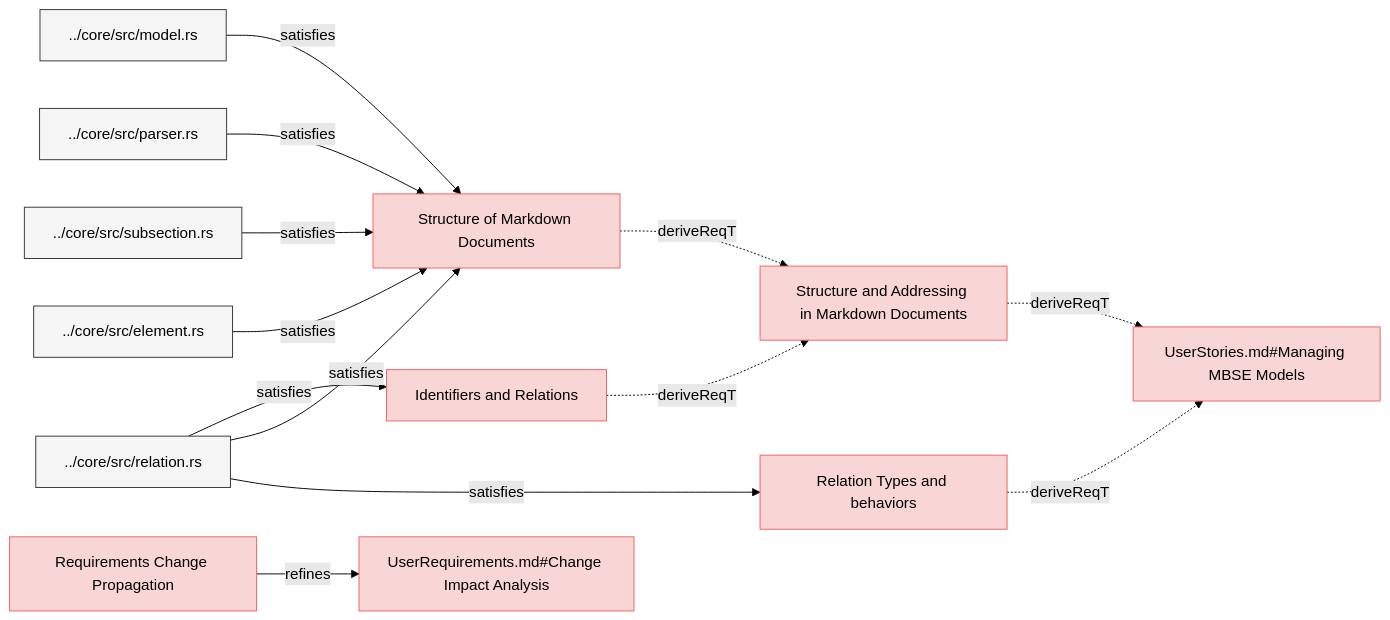
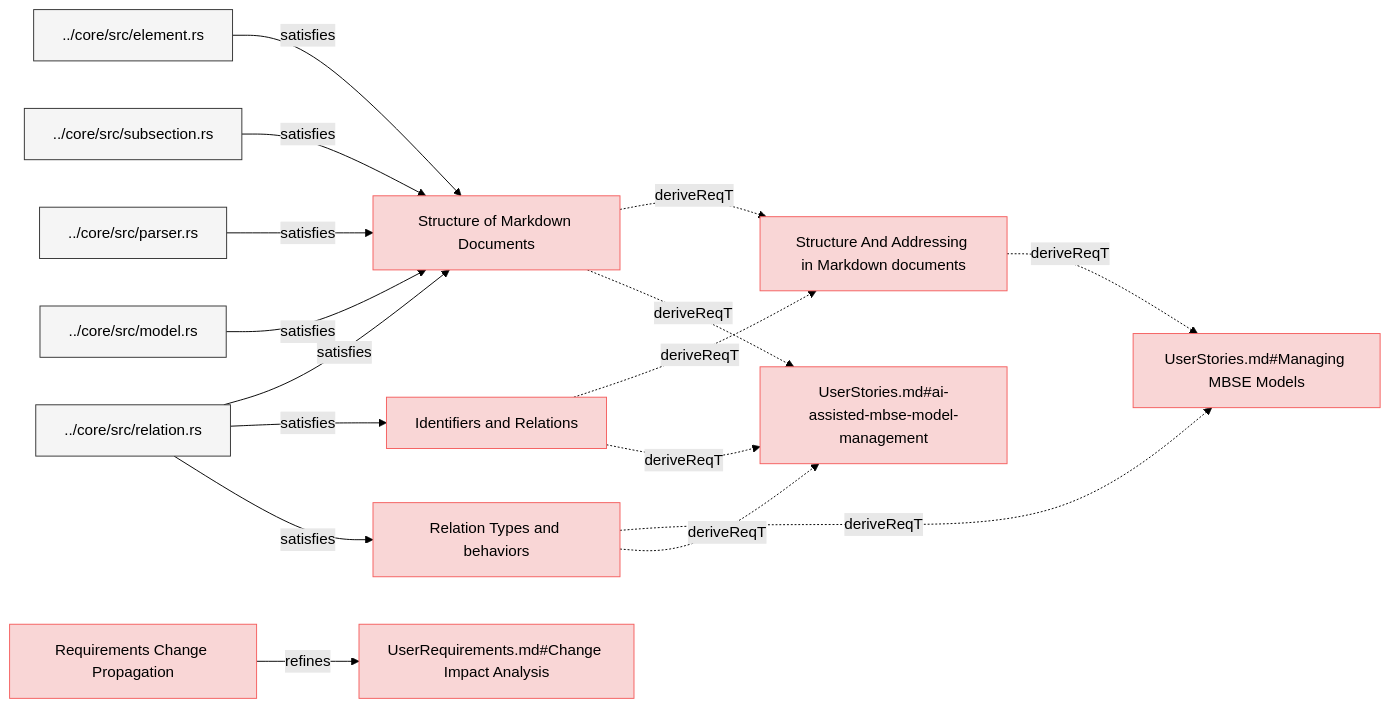
Before and after one commit to reqvire-org/reqvire: the first of 3 diagrams in specifications/SpecificationsRequirements.md, drawn with Mermaid (forest theme). The commit also changed other lines of this file and 37 other files, not shown here.

Commit message:
Allow diagrams with blobs links when configured.

````diff
--- a/specifications/SpecificationsRequirements.md
+++ b/specifications/SpecificationsRequirements.md
@@ -4,57 +4,63 @@
 ```mermaid
 graph LR;
   %% Graph styling
   classDef requirement fill:#f9d6d6,stroke:#f55f5f,stroke-width:1px;
   classDef verification fill:#d6f9d6,stroke:#5fd75f,stroke-width:1px;
   classDef externalLink fill:#d0e0ff,stroke:#3080ff,stroke-width:1px;
   classDef default fill:#f5f5f5,stroke:#333333,stroke-width:1px;
 
-  29eb679eef252d12["Relation Types and behaviors"];
-  click 29eb679eef252d12 "SpecificationsRequirements.md#relation-types-and-behaviors";
-  class 29eb679eef252d12 requirement;
-  c75ac8fa29479ca5["UserStories.md#Managing MBSE Models"];
-  class c75ac8fa29479ca5 requirement;
-  click c75ac8fa29479ca5 "UserStories.md#managing-mbse-models";
-  29eb679eef252d12 -.->|deriveReqT| c75ac8fa29479ca5;
-  a01a924ab0c27629["../core/src/relation.rs"];
-  class a01a924ab0c27629 default;
-  click a01a924ab0c27629 "../core/src/relation.rs";
-  a01a924ab0c27629 -->|satisfies| 29eb679eef252d12;
-  a9d2746640af5d30["Structure and Addressing in Markdown Documents"];
-  click a9d2746640af5d30 "SpecificationsRequirements.md#structure-and-addressing-in-markdown-documents";
-  class a9d2746640af5d30 requirement;
-  a9d2746640af5d30 -.->|deriveReqT| c75ac8fa29479ca5;
-  11082285c19e9df["Structure of Markdown Documents"];
-  click 11082285c19e9df "SpecificationsRequirements.md#structure-of-markdown-documents";
-  class 11082285c19e9df requirement;
-  11082285c19e9df -.->|deriveReqT| a9d2746640af5d30;
-  a01a924ab0c27629 -->|satisfies| 11082285c19e9df;
-  3e5e5aa2d6181644["../core/src/element.rs"];
-  class 3e5e5aa2d6181644 default;
-  click 3e5e5aa2d6181644 "../core/src/element.rs";
-  3e5e5aa2d6181644 -->|satisfies| 11082285c19e9df;
-  aaf2fdce0a90bd2c["../core/src/subsection.rs"];
-  class aaf2fdce0a90bd2c default;
-  click aaf2fdce0a90bd2c "../core/src/subsection.rs";
-  aaf2fdce0a90bd2c -->|satisfies| 11082285c19e9df;
-  dfd639447d711d62["../core/src/parser.rs"];
-  class dfd639447d711d62 default;
-  click dfd639447d711d62 "../core/src/parser.rs";
-  dfd639447d711d62 -->|satisfies| 11082285c19e9df;
-  36fd2b1e82621caf["../core/src/model.rs"];
-  class 36fd2b1e82621caf default;
-  click 36fd2b1e82621caf "../core/src/model.rs";
-  36fd2b1e82621caf -->|satisfies| 11082285c19e9df;
-  34ac784ed0e00552["Identifiers and Relations"];
-  click 34ac784ed0e00552 "SpecificationsRequirements.md#identifiers-and-relations";
-  class 34ac784ed0e00552 requirement;
-  34ac784ed0e00552 -.->|deriveReqT| a9d2746640af5d30;
-  a01a924ab0c27629 -->|satisfies| 34ac784ed0e00552;
-  d914e938be7e0abf["Requirements Change Propagation"];
-  click d914e938be7e0abf "SpecificationsRequirements.md#requirements-change-propagation";
-  class d914e938be7e0abf requirement;
-  c699ef8d6d1f99d1["UserRequirements.md#Change Impact Analysis"];
-  class c699ef8d6d1f99d1 requirement;
-  click c699ef8d6d1f99d1 "UserRequirements.md#change-impact-analysis";
-  d914e938be7e0abf -->|refines| c699ef8d6d1f99d1;
+  b49d890e0bbe0a83["Structure of Markdown Documents"];
+  click b49d890e0bbe0a83 "specifications/SpecificationsRequirements.md#structure-of-markdown-documents#structure-of-markdown-documents";
+  class b49d890e0bbe0a83 requirement;
+  ade67c27bc5d3bbd["Structure And Addressing in Markdown documents"];
+  class ade67c27bc5d3bbd requirement;
+  click ade67c27bc5d3bbd "specifications/SpecificationsRequirements.md#structure-and-addressing-in-markdown-documents#structure-and-addressing-in-markdown-documents";
+  b49d890e0bbe0a83 -.->|deriveReqT| ade67c27bc5d3bbd;
+  cd2d5dab49985ca2["UserStories.md#ai-assisted-mbse-model-management"];
+  class cd2d5dab49985ca2 requirement;
+  click cd2d5dab49985ca2 "specifications/UserStories.md#ai-assisted-mbse-model-management#ai-assisted-mbse-model-management";
+  b49d890e0bbe0a83 -.->|deriveReqT| cd2d5dab49985ca2;
+  9450d4313f47ef36["../core/src/relation.rs"];
+  class 9450d4313f47ef36 default;
+  click 9450d4313f47ef36 "core/src/relation.rs";
+  9450d4313f47ef36 -->|satisfies| b49d890e0bbe0a83;
+  a814c4935e1a0449["../core/src/element.rs"];
+  class a814c4935e1a0449 default;
+  click a814c4935e1a0449 "core/src/element.rs";
+  a814c4935e1a0449 -->|satisfies| b49d890e0bbe0a83;
+  398003c91b6b2cde["../core/src/subsection.rs"];
+  class 398003c91b6b2cde default;
+  click 398003c91b6b2cde "core/src/subsection.rs";
+  398003c91b6b2cde -->|satisfies| b49d890e0bbe0a83;
+  f22d93285fcd7664["../core/src/parser.rs"];
+  class f22d93285fcd7664 default;
+  click f22d93285fcd7664 "core/src/parser.rs";
+  f22d93285fcd7664 -->|satisfies| b49d890e0bbe0a83;
+  d50a859650933e55["../core/src/model.rs"];
+  class d50a859650933e55 default;
+  click d50a859650933e55 "core/src/model.rs";
+  d50a859650933e55 -->|satisfies| b49d890e0bbe0a83;
+  2054606d7574a553["Requirements Change Propagation"];
+  click 2054606d7574a553 "specifications/SpecificationsRequirements.md#requirements-change-propagation#requirements-change-propagation";
+  class 2054606d7574a553 requirement;
+  9933cac5853a8584["UserRequirements.md#Change Impact Analysis"];
+  class 9933cac5853a8584 requirement;
+  click 9933cac5853a8584 "specifications/UserRequirements.md#change-impact-analysis#change-impact-analysis";
+  2054606d7574a553 -->|refines| 9933cac5853a8584;
+  e61b7c1baa89bfc6["UserStories.md#Managing MBSE Models"];
+  class e61b7c1baa89bfc6 requirement;
+  click e61b7c1baa89bfc6 "specifications/UserStories.md#managing-mbse-models#managing-mbse-models";
+  ade67c27bc5d3bbd -.->|deriveReqT| e61b7c1baa89bfc6;
+  816c1e0b1de4dc53["Identifiers and Relations"];
+  click 816c1e0b1de4dc53 "specifications/SpecificationsRequirements.md#identifiers-and-relations#identifiers-and-relations";
+  class 816c1e0b1de4dc53 requirement;
+  816c1e0b1de4dc53 -.->|deriveReqT| ade67c27bc5d3bbd;
+  816c1e0b1de4dc53 -.->|deriveReqT| cd2d5dab49985ca2;
+  9450d4313f47ef36 -->|satisfies| 816c1e0b1de4dc53;
+  551906d5c51d91d9["Relation Types and behaviors"];
+  click 551906d5c51d91d9 "specifications/SpecificationsRequirements.md#relation-types-and-behaviors#relation-types-and-behaviors";
+  class 551906d5c51d91d9 requirement;
+  551906d5c51d91d9 -.->|deriveReqT| e61b7c1baa89bfc6;
+  551906d5c51d91d9 -.->|deriveReqT| cd2d5dab49985ca2;
+  9450d4313f47ef36 -->|satisfies| 551906d5c51d91d9;
 ```
````
